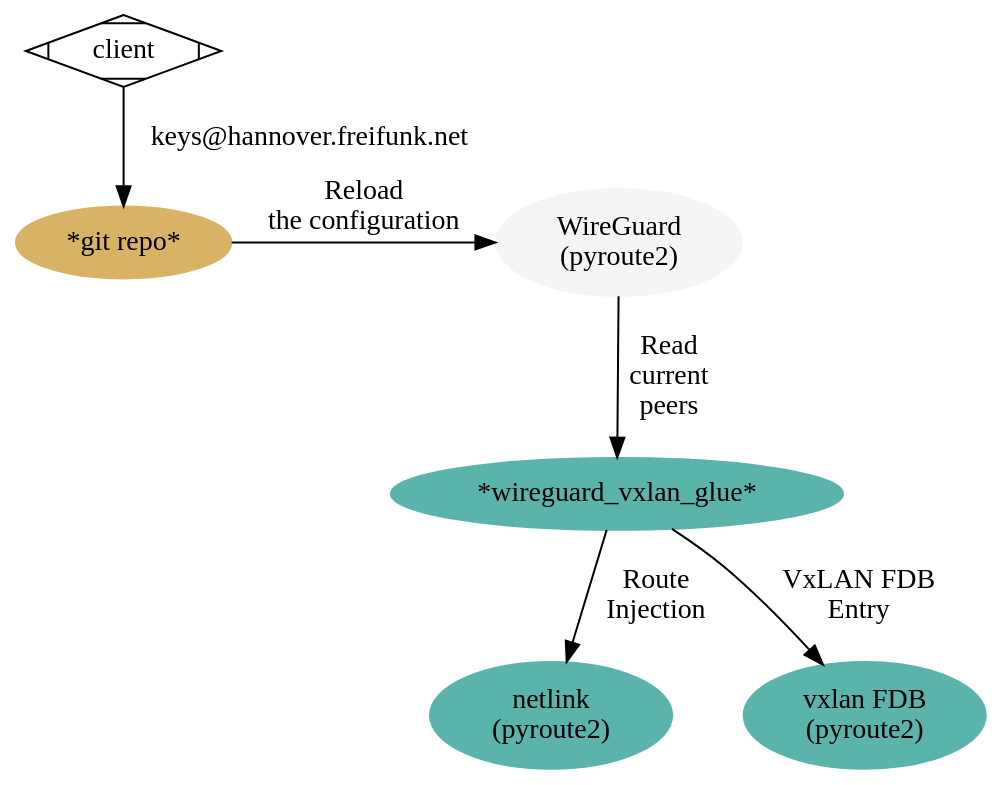
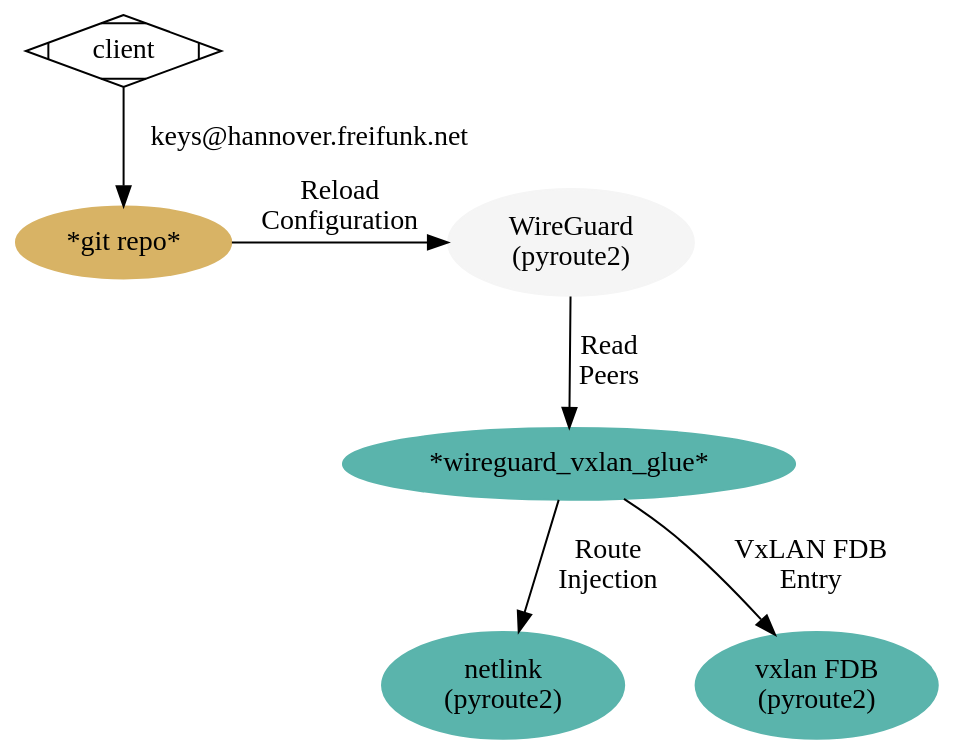
Before and after one commit to freifunkh/wireguard-vxlan-glue: the diagram in Docs/architecture.dot, drawn with Graphviz. The commit also changed 2 other files, not shown here.

```diff
--- a/Docs/architecture.dot
+++ b/Docs/architecture.dot
@@ -1,48 +1,48 @@
 # http://www.graphviz.org/content/cluster
 
 digraph G {
   graph [fontname = "Handlee"];
   node [fontname = "Handlee"];
   edge [fontname = "Handlee"];
 
   bgcolor=transparent;
 
   subgraph git_repo {
     style=filled;
     color=lightgrey;
     style="dotted"
     node [style=filled,color="#d8b365"];
     git_repo [label="*git repo*"];
     fontsize = 20;
   }
 
   subgraph wireguard {
     node [style=filled,color="#f5f5f5"];
     style="dotted"
     wireguard [label="WireGuard\n(pyroute2)"];
     fontsize = 20;
     color=blue
   }
 
   subgraph wireguard_vxlan_glue {
     node [style=filled,color="#5ab4ac"];
     style="dotted"
     color=blue;
     label = "*wireguard_vxlan_glue*";
     fontsize = 20;
     color=blue
     wireguard -> wireguard_vxlan_glue -> netlink -> vxlan [style=invis];
     wireguard_vxlan_glue [label="*wireguard_vxlan_glue*"];
     netlink [label="netlink\n(pyroute2)"];
     vxlan [label="vxlan FDB\n(pyroute2)"];
   }
   client -> git_repo [label="keys@hannover.freifunk.net"];
-  wireguard -> wireguard_vxlan_glue[label="Read\ncurrent\npeers"];
-  git_repo -> wireguard [label="Reload\nthe configuration"];
+  wireguard -> wireguard_vxlan_glue[label="Read\nPeers"];
+  git_repo -> wireguard [label="Reload\nConfiguration"];
   wireguard_vxlan_glue -> netlink [label="Route\nInjection"];
   wireguard_vxlan_glue -> vxlan [label="VxLAN FDB\nEntry"];
 
   client [shape=Mdiamond];
   {rank=same git_repo wireguard}
   {rank=same netlink vxlan}
 }
```
